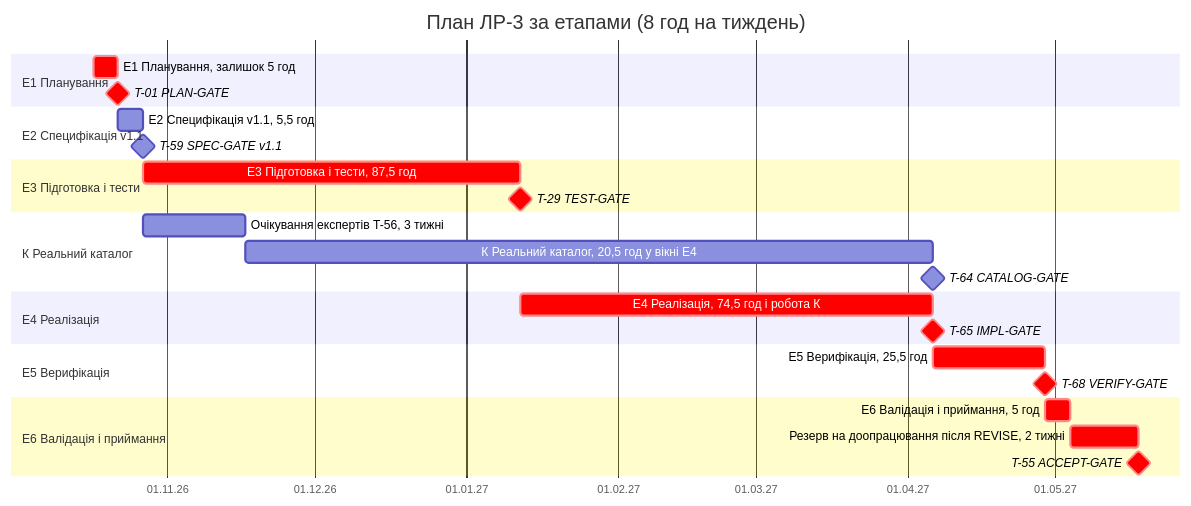
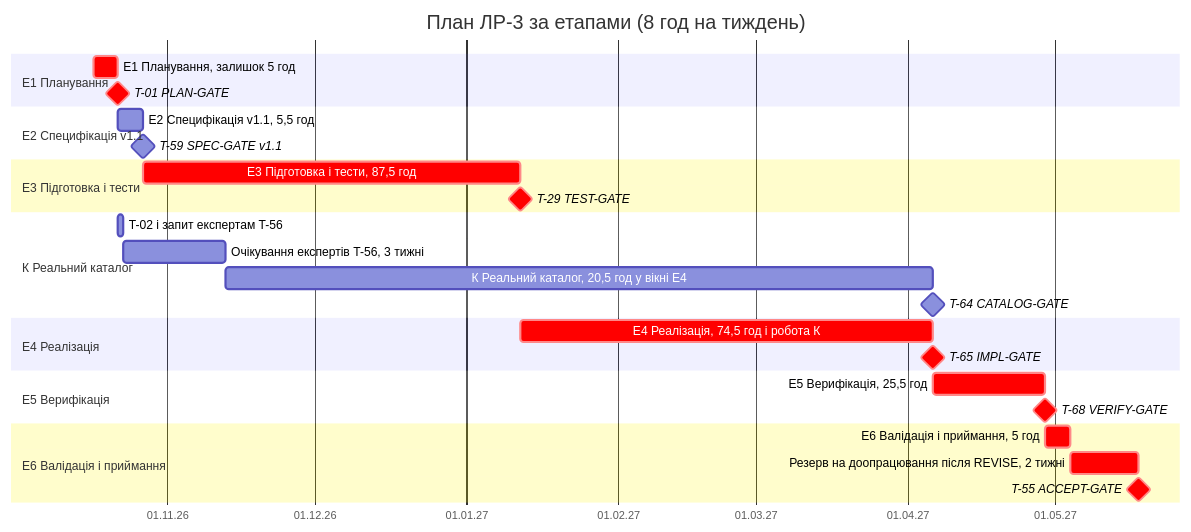
Before and after one commit to NIKKIN06/boxing-training-system: the diagram in docs/plan/plan.md, drawn with Mermaid. The commit also changed other lines of this file and 4 other files, not shown here.

````diff
--- a/docs/plan/plan.md
+++ b/docs/plan/plan.md
@@ -332,36 +330,37 @@
 ```mermaid
 gantt
     title План ЛР-3 за етапами (8 год на тиждень)
     dateFormat YYYY-MM-DD
     axisFormat %d.%m.%y
 
     section Е1 Планування
     Е1 Планування, залишок 5 год          :crit, e1, 2026-10-17, 5d
     T-01 PLAN-GATE                         :crit, milestone, m01, after e1, 0d
 
     section Е2 Специфікація v1.1
     Е2 Специфікація v1.1, 5,5 год          :e2, after m01, 5d
     T-59 SPEC-GATE v1.1                    :milestone, m59, after e2, 0d
 
     section Е3 Підготовка і тести
     Е3 Підготовка і тести, 87,5 год        :crit, e3, after m01 m59, 77d
     T-29 TEST-GATE                         :crit, milestone, m29, after e3, 0d
 
     section К Реальний каталог
-    Очікування експертів T-56, 3 тижні     :kw, after m01 m59, 21d
-    К Реальний каталог, 20,5 год у вікні Е4 :k, after kw, 140d
+    T-02 і запит експертам T-56             :t02, after m01, 1d
+    Очікування експертів T-56, 3 тижні     :kw, after t02, 21d
+    К Реальний каталог, 20,5 год у вікні Е4 :k, after kw, 144d
     T-64 CATALOG-GATE                      :milestone, m64, after k, 0d
 
     section Е4 Реалізація
     Е4 Реалізація, 74,5 год і робота К     :crit, e4, after m29, 84d
     T-65 IMPL-GATE                         :crit, milestone, m65, after e4, 0d
 
     section Е5 Верифікація
     Е5 Верифікація, 25,5 год               :crit, e5, after m65 m64, 23d
     T-68 VERIFY-GATE                       :crit, milestone, m68, after e5, 0d
 
     section Е6 Валідація і приймання
     Е6 Валідація і приймання, 5 год        :crit, e6, after m68, 5d
     Резерв на доопрацювання після REVISE, 2 тижні :crit, rsv, after e6, 14d
     T-55 ACCEPT-GATE                       :crit, milestone, m55, after rsv, 0d
 ```
````
